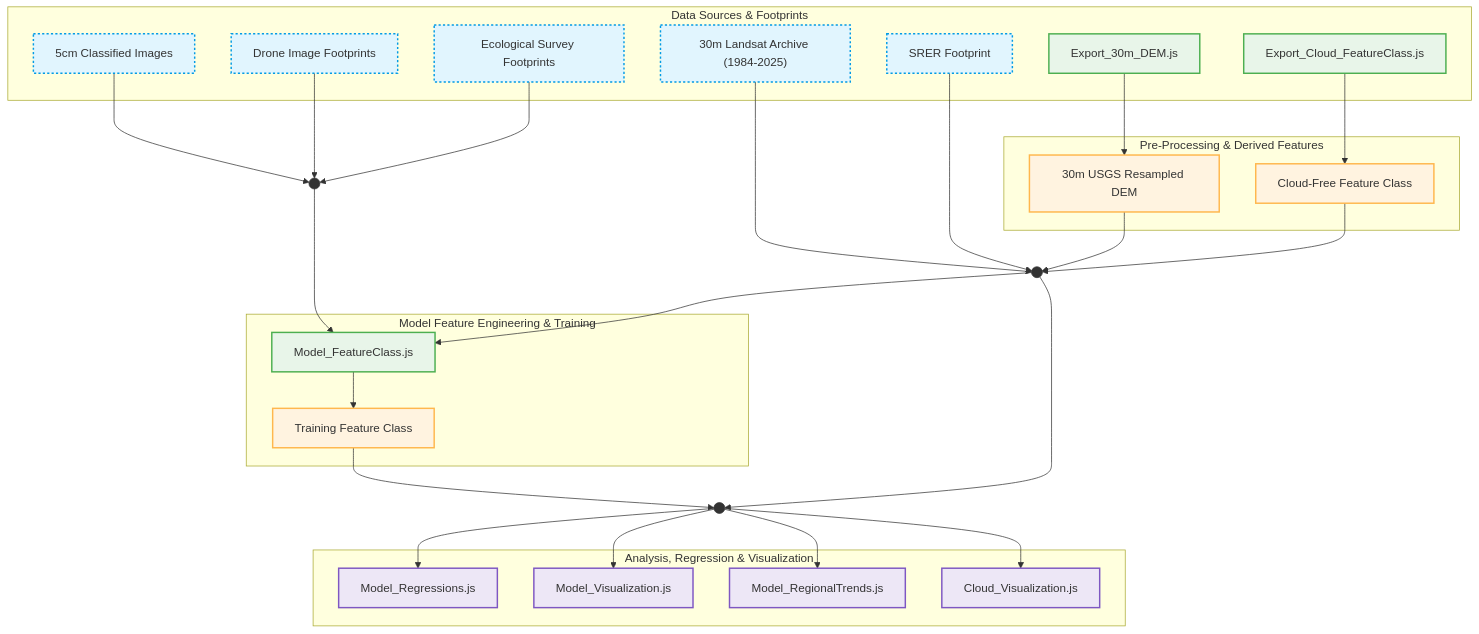
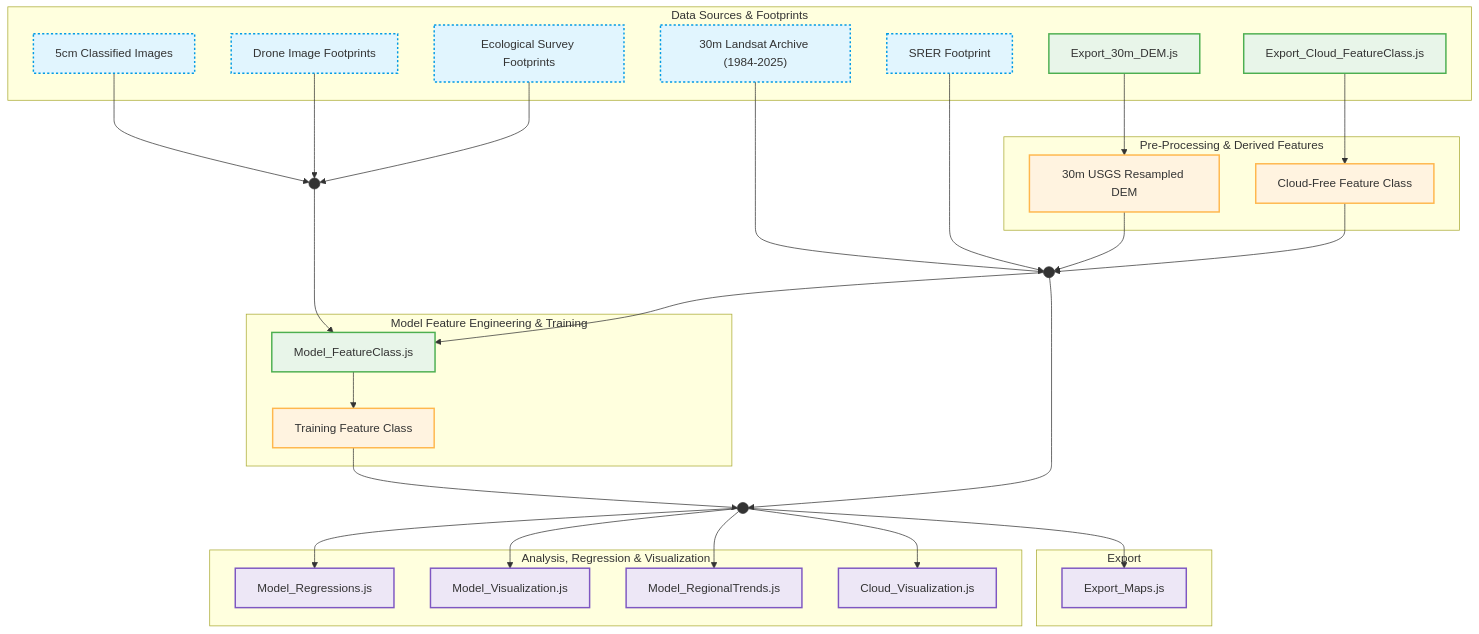
One commit to afullhart/SantaRita changed the diagram in README.md. Above: the diagram before and after it, drawn with Mermaid.

Commit message:
Update README for analysis and export scripts

````diff
--- a/README.md
+++ b/README.md
@@ -39,12 +39,16 @@
     T1["Training Feature Class"]
   end
 
-  %% --- LEVEL 4: ANALYSIS & VISUALIZATION SCRIPTS ---
+  %% --- LEVEL 4: ANALYSIS, VISUALIZATION & EXPORT ---
   subgraph Evaluation [Analysis, Regression & Visualization]
     O1["Model_Regressions.js"]
     O2["Model_Visualization.js"]
     O5["Model_RegionalTrends.js"]
     O6["Cloud_Visualization.js"]
+  end
+
+  subgraph Export [Export]
+    O7["Export_Maps.js"]
   end
 
   %% --- FLOW CONNECTIONS ---
@@ -81,10 +85,11 @@
   J2 --> O2
   J2 --> O5
   J2 --> O6
+  J2 --> O7
 
   %% Assigning Classes for Visual Distinction
   class I1,I2,I3,I4,I5 input;
   class P1,P2,T1 intermediate;
   class S1,S2,S3 script;
-  class O1,O2,O5,O6 output;
+  class O1,O2,O5,O6,O7 output;
 ```
````
